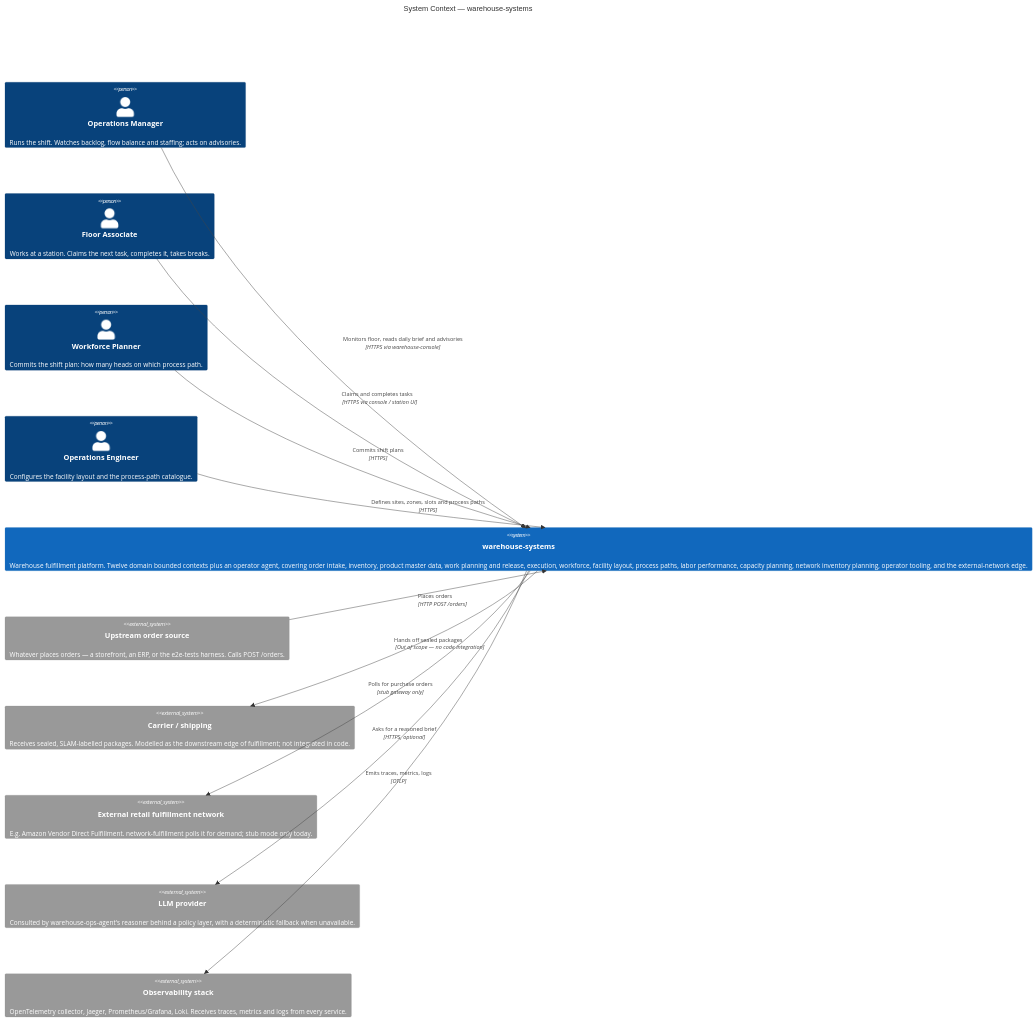
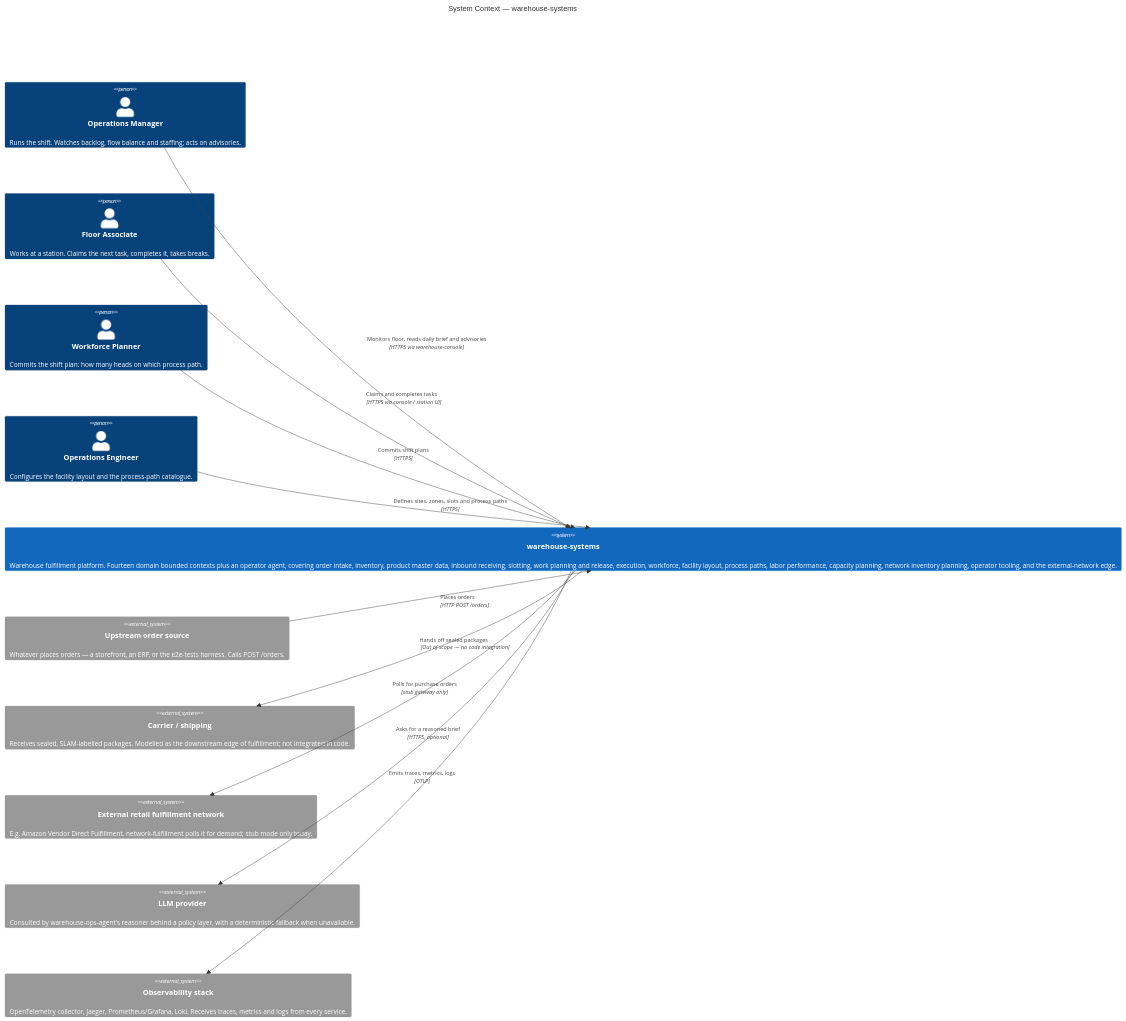
One commit to IQVO/warehouse-docs changed the diagram in docs/architecture/system-context.md. Above: the diagram before and after it, drawn with Mermaid. The commit also changed 33 other files, not shown here.

First line of the commit message:
docs: register inbound-receiving and slotting-optimization (wms, Supporting) (#33)

````diff
--- a/docs/architecture/system-context.md
+++ b/docs/architecture/system-context.md
@@ -15,30 +15,30 @@
 ```mermaid
 C4Context
     title System Context — warehouse-systems
 
     Person(opsManager, "Operations Manager", "Runs the shift. Watches backlog, flow balance and staffing; acts on advisories.")
     Person(associate, "Floor Associate", "Works at a station. Claims the next task, completes it, takes breaks.")
     Person(planner, "Workforce Planner", "Commits the shift plan: how many heads on which process path.")
     Person(configurator, "Operations Engineer", "Configures the facility layout and the process-path catalogue.")
 
-    System(wh, "warehouse-systems", "Warehouse fulfillment platform. Twelve domain bounded contexts plus an operator agent, covering order intake, inventory, product master data, work planning and release, execution, workforce, facility layout, process paths, labor performance, capacity planning, network inventory planning, operator tooling, and the external-network edge.")
+    System(wh, "warehouse-systems", "Warehouse fulfillment platform. Fourteen domain bounded contexts plus an operator agent, covering order intake, inventory, product master data, inbound receiving, slotting, work planning and release, execution, workforce, facility layout, process paths, labor performance, capacity planning, network inventory planning, operator tooling, and the external-network edge.")
 
     System_Ext(upstream, "Upstream order source", "Whatever places orders — a storefront, an ERP, or the e2e-tests harness. Calls POST /orders.")
     System_Ext(carrier, "Carrier / shipping", "Receives sealed, SLAM-labelled packages. Modelled as the downstream edge of fulfillment; not integrated in code.")
     System_Ext(network, "External retail fulfillment network", "E.g. Amazon Vendor Direct Fulfillment. network-fulfillment polls it for demand; stub mode only today.")
     System_Ext(llm, "LLM provider", "Consulted by warehouse-ops-agent's reasoner behind a policy layer, with a deterministic fallback when unavailable.")
     System_Ext(observability, "Observability stack", "OpenTelemetry collector, Jaeger, Prometheus/Grafana, Loki. Receives traces, metrics and logs from every service.")
 
     Rel(upstream, wh, "Places orders", "HTTP POST /orders")
     Rel(associate, wh, "Claims and completes tasks", "HTTPS via console / station UI")
     Rel(opsManager, wh, "Monitors floor, reads daily brief and advisories", "HTTPS via warehouse-console")
     Rel(planner, wh, "Commits shift plans", "HTTPS")
     Rel(configurator, wh, "Defines sites, zones, slots and process paths", "HTTPS")
 
     Rel(wh, network, "Polls for purchase orders", "stub gateway only")
     Rel(wh, llm, "Asks for a reasoned brief", "HTTPS, optional")
     Rel(wh, observability, "Emits traces, metrics, logs", "OTLP")
     Rel(wh, carrier, "Hands off sealed packages", "Out of scope — no code integration")
 
     UpdateLayoutConfig($c4ShapeInRow="2", $c4BoundaryInRow="1")
 ```
````
